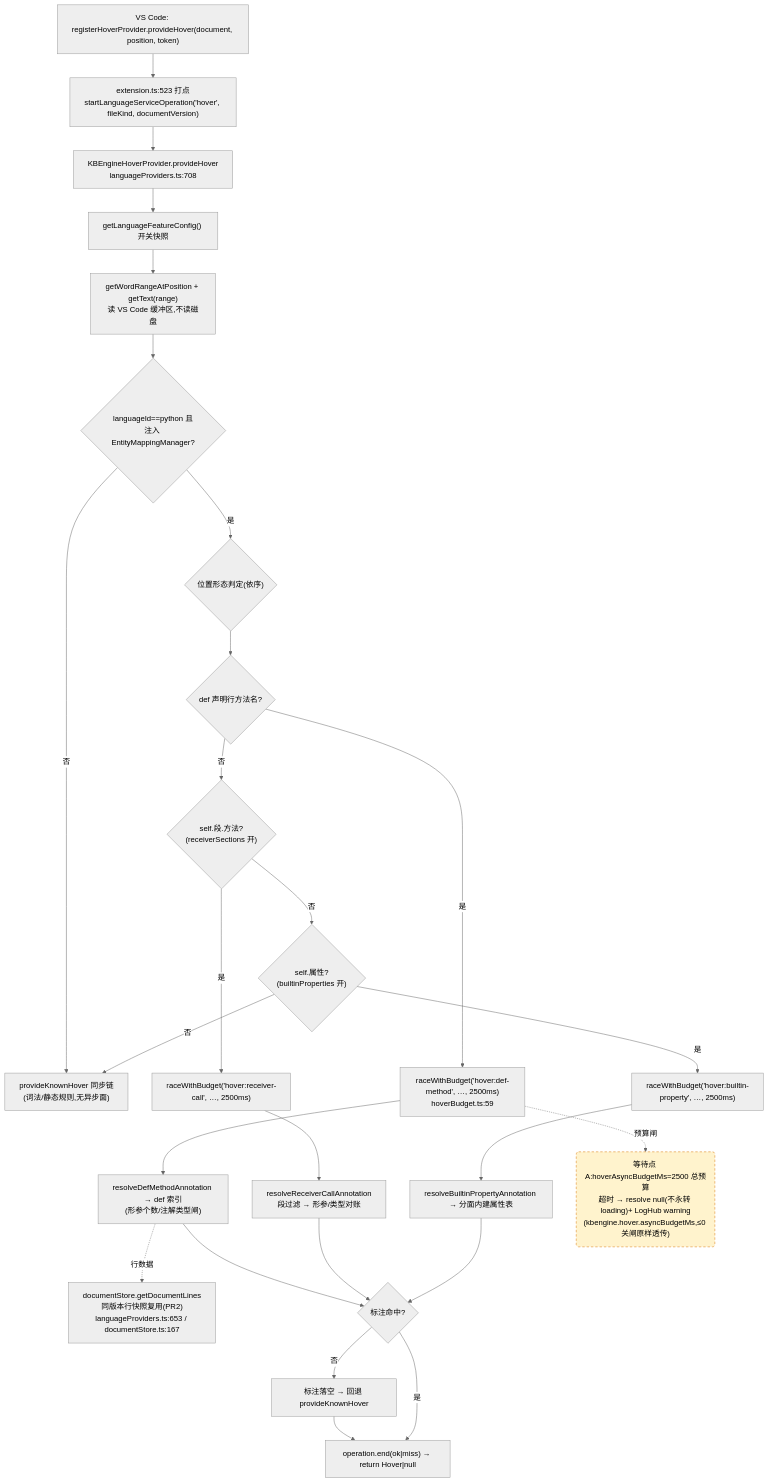
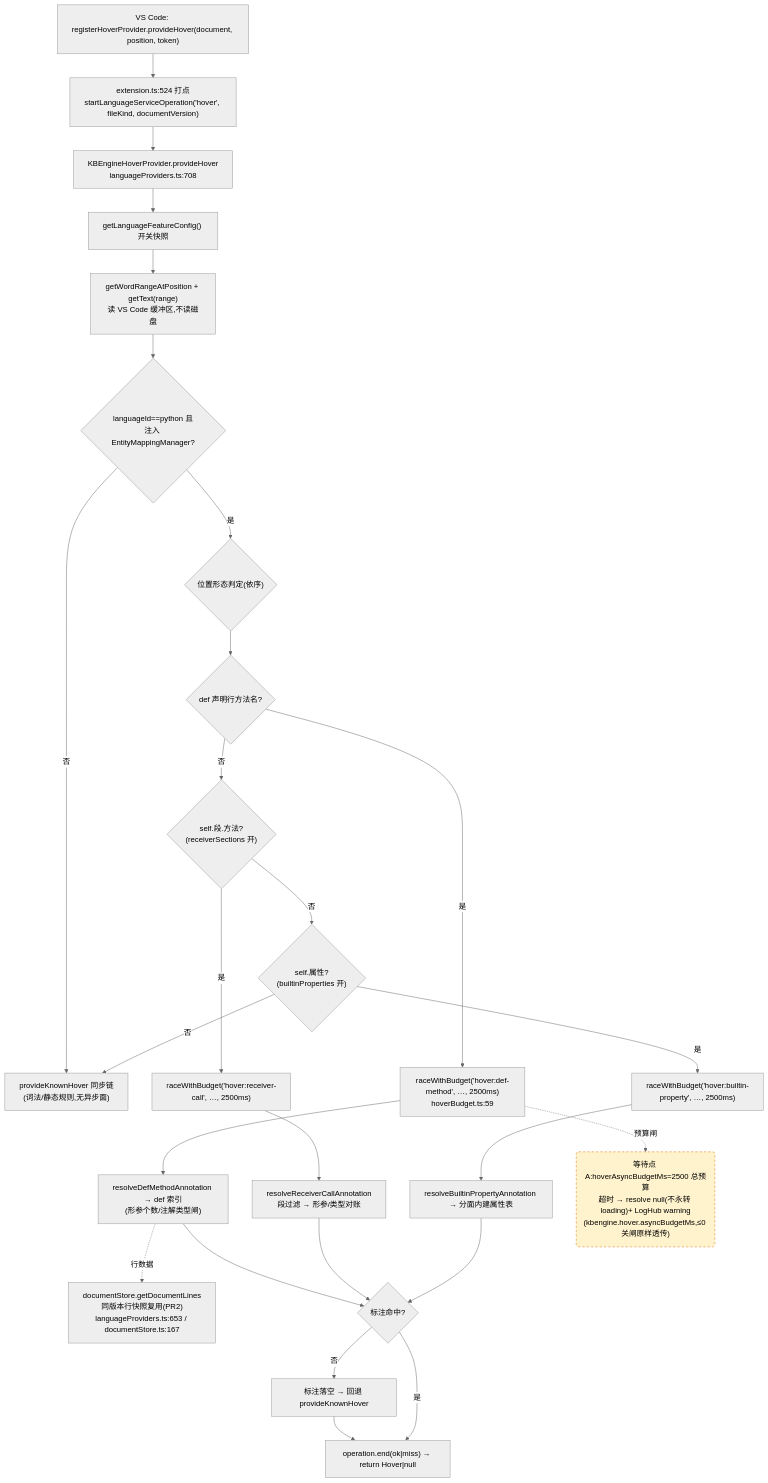
One commit to cuihairu/kode changed the first of 4 diagrams in docs/perf/2026-baseline.md. Above: the diagram before and after it, drawn with Mermaid (neutral theme). The commit also changed other lines of this file and 1 other file, not shown here.

````diff
--- a/docs/perf/2026-baseline.md
+++ b/docs/perf/2026-baseline.md
@@ -80,45 +80,45 @@
 ```mermaid
 flowchart TD
   VC1["VS Code: registerHoverProvider.provideHover(document, position, token)"]
-  M1["extension.ts:523 打点<br/>startLanguageServiceOperation('hover', fileKind, documentVersion)"]
+  M1["extension.ts:524 打点<br/>startLanguageServiceOperation('hover', fileKind, documentVersion)"]
   HP["KBEngineHoverProvider.provideHover<br/>languageProviders.ts:708"]
   CFG["getLanguageFeatureConfig() 开关快照"]
   WORD["getWordRangeAtPosition + getText(range)<br/>读 VS Code 缓冲区,不读磁盘"]
   BR{"languageId==python 且<br/>注入 EntityMappingManager?"}
   KN["provideKnownHover 同步链<br/>(词法/静态规则,无异步面)"]
   POS{"位置形态判定(依序)"}
   D1{"def 声明行方法名?"}
   D2{"self.段.方法?<br/>(receiverSections 开)"}
   D3{"self.属性?<br/>(builtinProperties 开)"}
   RA1["raceWithBudget('hover:def-method', …, 2500ms)<br/>hoverBudget.ts:59"]
   RA2["raceWithBudget('hover:receiver-call', …, 2500ms)"]
   RA3["raceWithBudget('hover:builtin-property', …, 2500ms)"]
   RS1["resolveDefMethodAnnotation → def 索引<br/>(形参个数/注解类型闸)"]
   RS2["resolveReceiverCallAnnotation<br/>段过滤 → 形参/类型对账"]
   RS3["resolveBuiltinPropertyAnnotation → 分面内建属性表"]
   LINES["documentStore.getDocumentLines<br/>同版本行快照复用(PR2)<br/>languageProviders.ts:653 / documentStore.ts:167"]
   MISS["标注落空 → 回退 provideKnownHover"]
   END1["operation.end(ok|miss) → return Hover|null"]
 
   VC1 --> M1 --> HP --> CFG --> WORD --> BR
   BR -- "否" --> KN
   BR -- "是" --> POS --> D1
   D1 -- "是" --> RA1 --> RS1
   D1 -- "否" --> D2
   D2 -- "是" --> RA2 --> RS2
   D2 -- "否" --> D3
   D3 -- "是" --> RA3 --> RS3
   D3 -- "否" --> KN
   RS1 --> HIT{"标注命中?"}
   RS2 --> HIT
   RS3 --> HIT
   RS1 -.->|行数据| LINES
   HIT -- "否" --> MISS --> END1
   HIT -- "是" --> END1
 
   WAITA("等待点 A:hoverAsyncBudgetMs=2500 总预算<br/>超时 → resolve null(不永转 loading)+ LogHub warning<br/>(kbengine.hover.asyncBudgetMs,≤0 关闸原样透传)")
   RA1 -.->|预算闸| WAITA
 
   classDef waitPoint fill:#fff3cd,stroke:#d97706,stroke-dasharray:5 4;
   class WAITA waitPoint;
 ```
````
